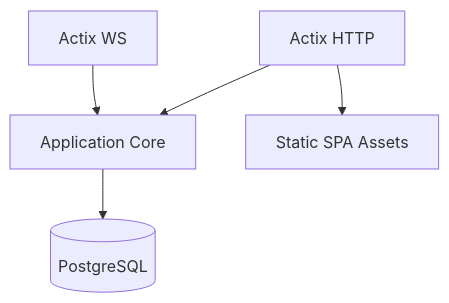
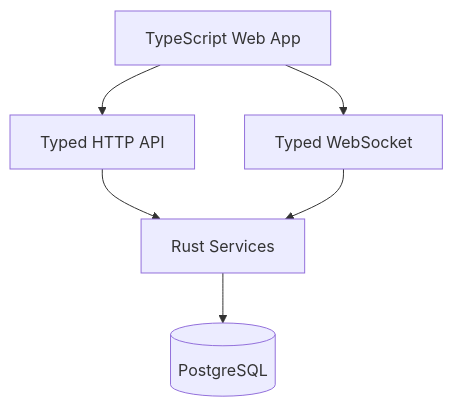
One commit to lkjsxc/kjxlkj changed the diagram in docs/spec/architecture/README.md. Above: the diagram before and after it, drawn with Mermaid. The commit also changed other lines of this file and 184 other files, not shown here.

````diff
--- a/docs/spec/architecture/README.md
+++ b/docs/spec/architecture/README.md
@@ -17,13 +17,14 @@
 ```mermaid
 graph TD
- HTTP[Actix HTTP]
- WS[Actix WS]
- APP[Application Core]
+ HTTP[Typed HTTP API]
+ WS[Typed WebSocket]
+ APP[Rust Services]
  DB[(PostgreSQL)]
- SPA[Static SPA Assets]
+ UI[TypeScript Web App]
 
+ UI --> HTTP
+ UI --> WS
  HTTP --> APP
  WS --> APP
  APP --> DB
- HTTP --> SPA
 ```
````
